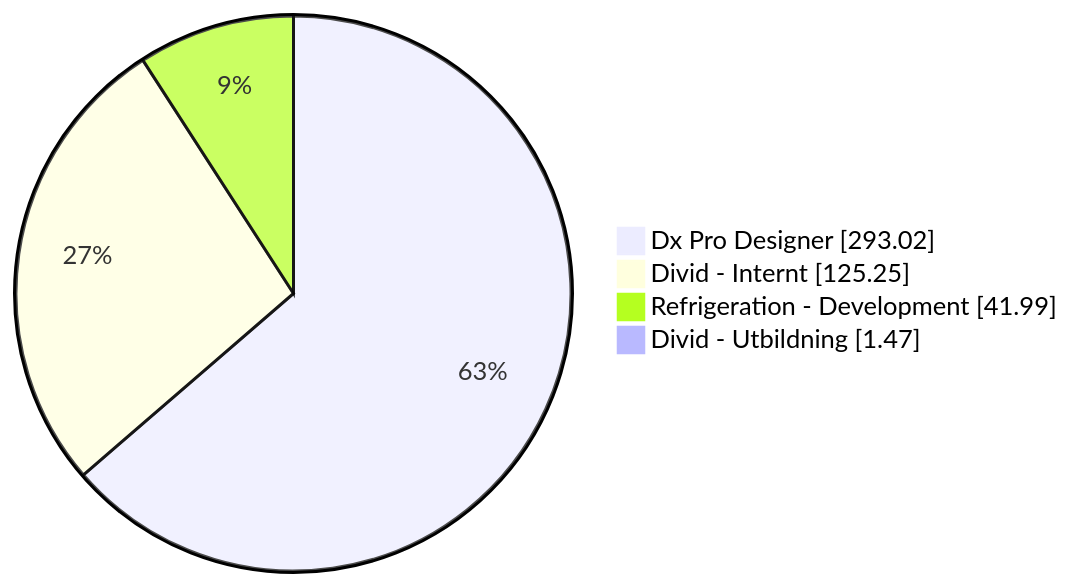
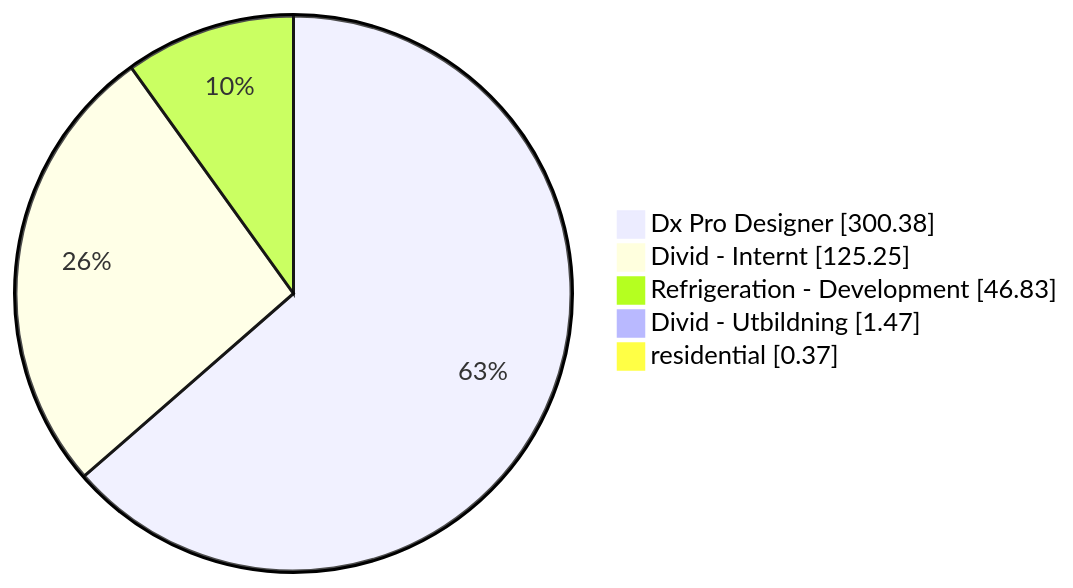
The first of 5 diagrams in README.org (albinforsberg-netizen/timeclock), drawn with Mermaid before and after one commit. The commit also changed other lines of this file, not shown here.

```diff
--- a/README.org
+++ b/README.org
@@ -32,7 +32,8 @@
 #+begin_src mermaid
 pie showData
-    "Dx Pro Designer" : 293.02
+    "Dx Pro Designer" : 300.38
     "Divid - Internt" : 125.25
-    "Refrigeration - Development" : 41.99
+    "Refrigeration - Development" : 46.83
     "Divid - Utbildning" : 1.47
+    "residential" : 0.37
 #+end_src
```
